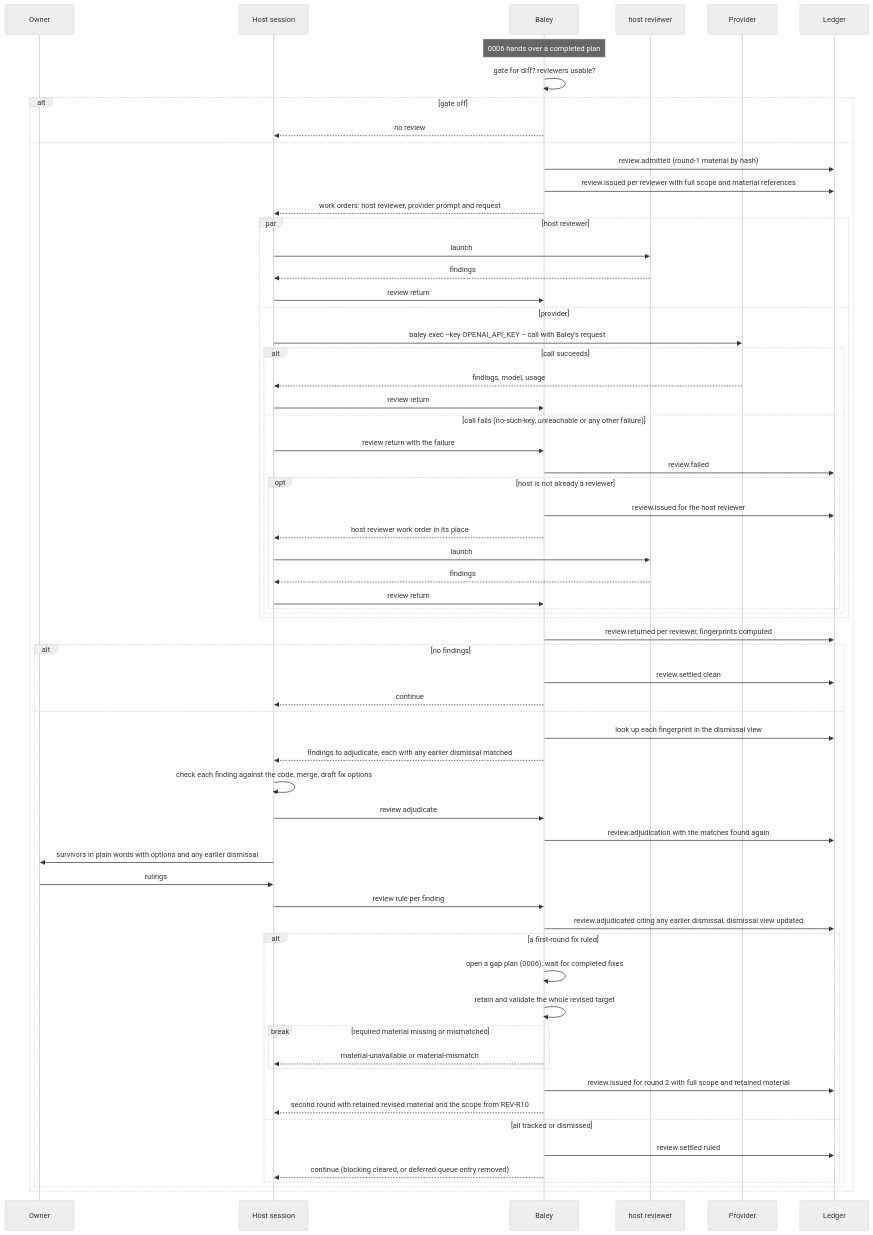
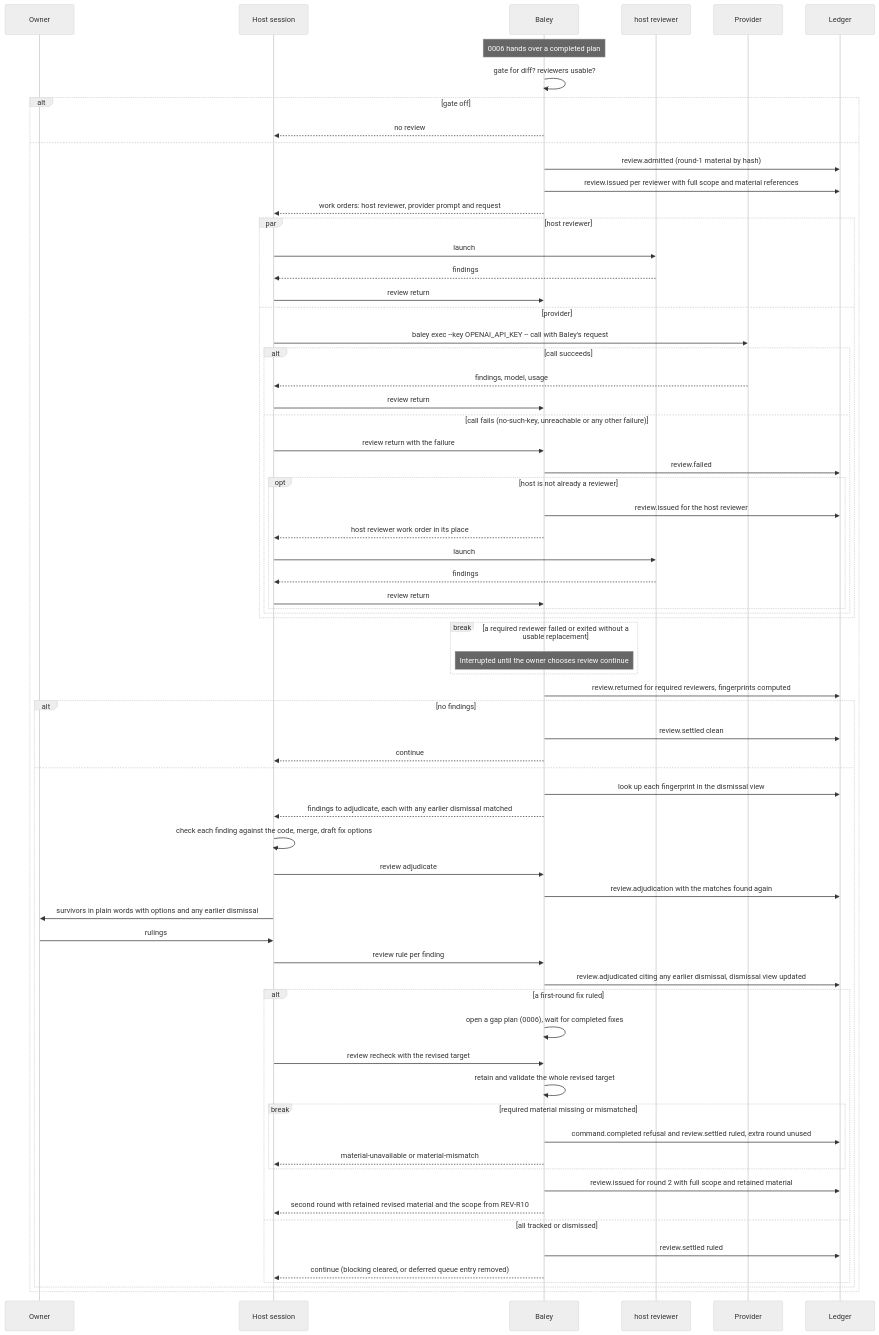
Before and after one commit to crenshawdev/baley: the fourth of 6 diagrams in docs/design/0008-review.md, drawn with Mermaid (neutral theme). The commit also changed other lines of this file and 4 other files, not shown here.

````diff
--- a/docs/design/0008-review.md
+++ b/docs/design/0008-review.md
@@ -263,66 +285,71 @@
 ```mermaid
 sequenceDiagram
   participant O as Owner
   participant H as Host session
   participant B as Baley
   participant R as host reviewer
   participant P as Provider
   participant L as Ledger
   Note over B: 0006 hands over a completed plan
   B->>B: gate for diff? reviewers usable?
   alt gate off
     B-->>H: no review
   else
     B->>L: review.admitted (round-1 material by hash)
     B->>L: review.issued per reviewer with full scope and material references
     B-->>H: work orders: host reviewer, provider prompt and request
     par host reviewer
       H->>R: launch
       R-->>H: findings
       H->>B: review return
     and provider
       H->>P: baley exec --key OPENAI_API_KEY -- call with Baley's request
       alt call succeeds
         P-->>H: findings, model, usage
         H->>B: review return
       else call fails (no-such-key, unreachable or any other failure)
         H->>B: review return with the failure
         B->>L: review.failed
         opt host is not already a reviewer
           B->>L: review.issued for the host reviewer
           B-->>H: host reviewer work order in its place
           H->>R: launch
           R-->>H: findings
           H->>B: review return
         end
       end
     end
-    B->>L: review.returned per reviewer, fingerprints computed
+    break a required reviewer failed or exited without a usable replacement
+      Note over B: Interrupted until the owner chooses review continue
+    end
+    B->>L: review.returned for required reviewers, fingerprints computed
     alt no findings
       B->>L: review.settled clean
       B-->>H: continue
     else
       B->>L: look up each fingerprint in the dismissal view
       B-->>H: findings to adjudicate, each with any earlier dismissal matched
       H->>H: check each finding against the code, merge, draft fix options
       H->>B: review adjudicate
       B->>L: review.adjudication with the matches found again
       H->>O: survivors in plain words with options and any earlier dismissal
       O->>H: rulings
       H->>B: review rule per finding
       B->>L: review.adjudicated citing any earlier dismissal, dismissal view updated
       alt a first-round fix ruled
         B->>B: open a gap plan (0006), wait for completed fixes
+        H->>B: review recheck with the revised target
         B->>B: retain and validate the whole revised target
         break required material missing or mismatched
+          B->>L: command.completed refusal and review.settled ruled, extra round unused
           B-->>H: material-unavailable or material-mismatch
         end
         B->>L: review.issued for round 2 with full scope and retained material
         B-->>H: second round with retained revised material and the scope from REV-R10
       else all tracked or dismissed
         B->>L: review.settled ruled
         B-->>H: continue (blocking cleared, or deferred queue entry removed)
       end
     end
   end
 ```
````
